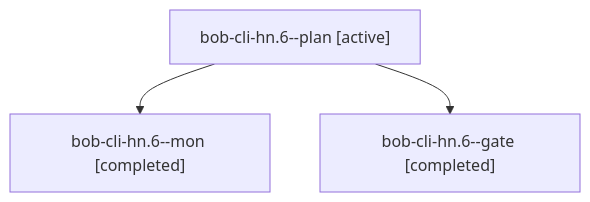
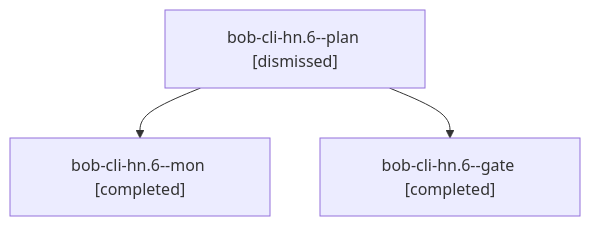
Before and after one commit to bobs-org/bob-cli--agents: the diagram in sessions/bbugyi200.athena.bob-cli-hn.6.md, drawn with Mermaid. The commit also changed other lines of this file and 54 other files, not shown here.

````diff
--- a/sessions/bbugyi200.athena.bob-cli-hn.6.md
+++ b/sessions/bbugyi200.athena.bob-cli-hn.6.md
@@ -9,8 +9,8 @@
 ```mermaid
 flowchart TD
-  n0["bob-cli-hn.6--plan [active]"]
+  n0["bob-cli-hn.6--plan [dismissed]"]
   n1["bob-cli-hn.6--mon [completed]"]
   n0 --> n1
   n2["bob-cli-hn.6--gate [completed]"]
   n0 --> n2
 ```
````
